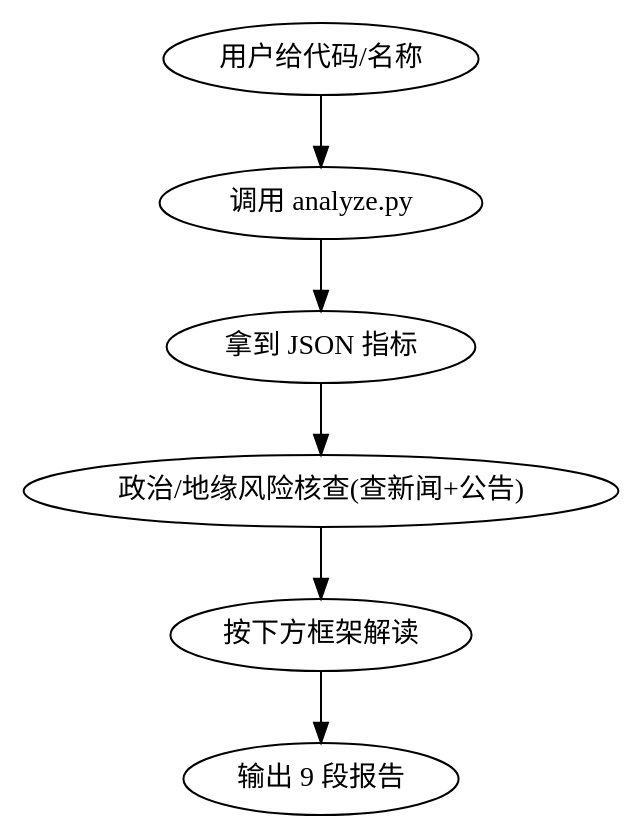
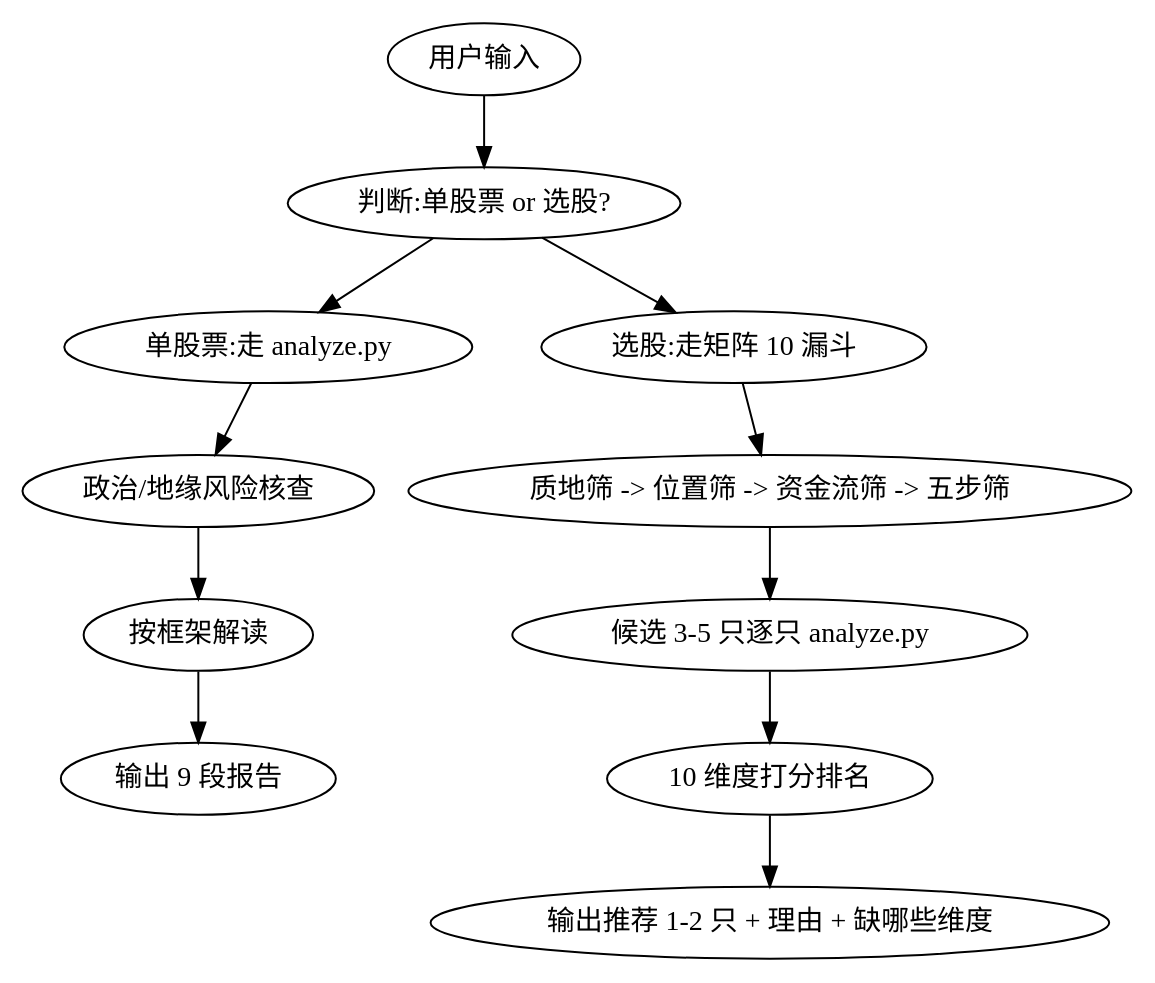
The diagram in SKILL.md (TossyTao/a-stock-analysis), drawn with Graphviz before and after one commit. The commit also changed other lines of this file and 1 other file, not shown here.

````diff
--- a/SKILL.md
+++ b/SKILL.md
@@ -28,9 +33,14 @@
 ```dot
 digraph flow {
-    "用户给代码/名称" -> "调用 analyze.py";
-    "调用 analyze.py" -> "拿到 JSON 指标";
-    "拿到 JSON 指标" -> "政治/地缘风险核查(查新闻+公告)";
-    "政治/地缘风险核查(查新闻+公告)" -> "按下方框架解读";
-    "按下方框架解读" -> "输出 9 段报告";
+    "用户输入" -> "判断:单股票 or 选股?";
+    "判断:单股票 or 选股?" -> "单股票:走 analyze.py";
+    "判断:单股票 or 选股?" -> "选股:走矩阵 10 漏斗";
+    "单股票:走 analyze.py" -> "政治/地缘风险核查";
+    "政治/地缘风险核查" -> "按框架解读";
+    "按框架解读" -> "输出 9 段报告";
+    "选股:走矩阵 10 漏斗" -> "质地筛 -> 位置筛 -> 资金流筛 -> 五步筛";
+    "质地筛 -> 位置筛 -> 资金流筛 -> 五步筛" -> "候选 3-5 只逐只 analyze.py";
+    "候选 3-5 只逐只 analyze.py" -> "10 维度打分排名";
+    "10 维度打分排名" -> "输出推荐 1-2 只 + 理由 + 缺哪些维度";
 }
 ```
````
